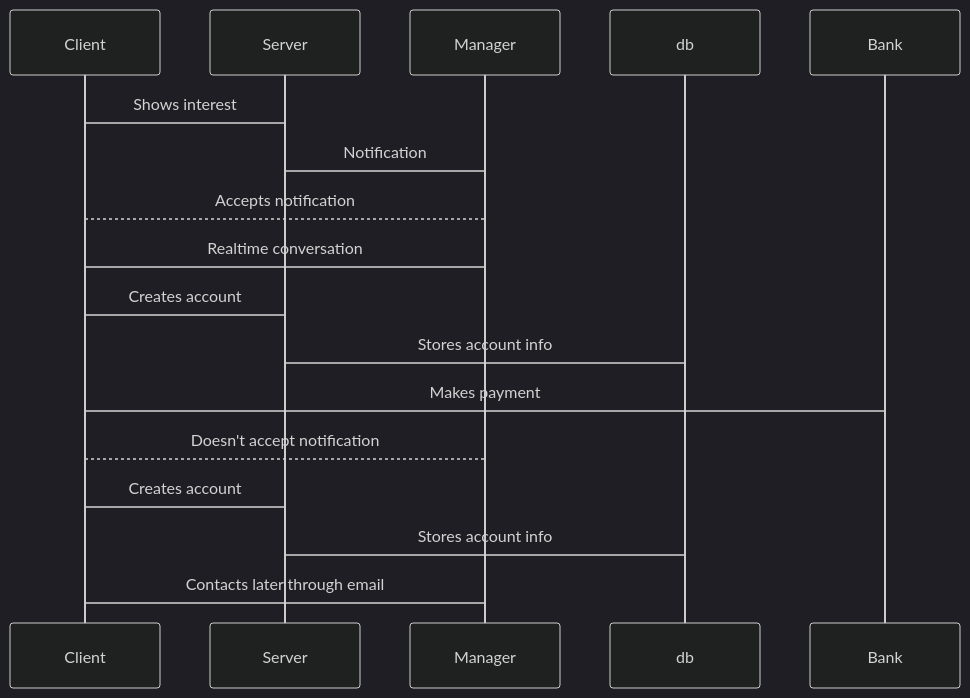
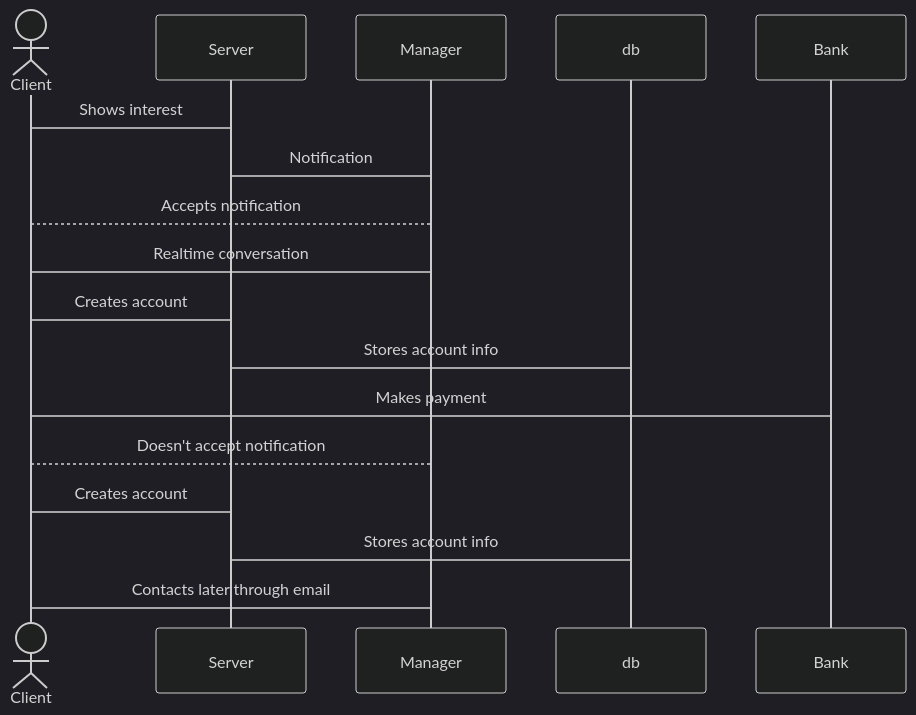
One commit to AydenSwain/startup changed the diagram in README.md. Above: the diagram before and after it, drawn with Mermaid (dark theme).

Commit message:
Fix formatting in README.md for sequence diagram

````diff
--- a/README.md
+++ b/README.md
@@ -39,14 +39,15 @@
 ```mermaid
 sequenceDiagram
+    actor Client
     Client->Server: Shows interest
     Server->Manager: Notification
     Manager-->Client: Accepts notification
     Client->Manager: Realtime conversation
     Client->Server: Creates account
     Server->db: Stores account info
     Client->Bank: Makes payment
     Manager-->Client: Doesn't accept notification
     Client->Server: Creates account
     Server->db: Stores account info
     Manager->Client: Contacts later through email
 ```
````
